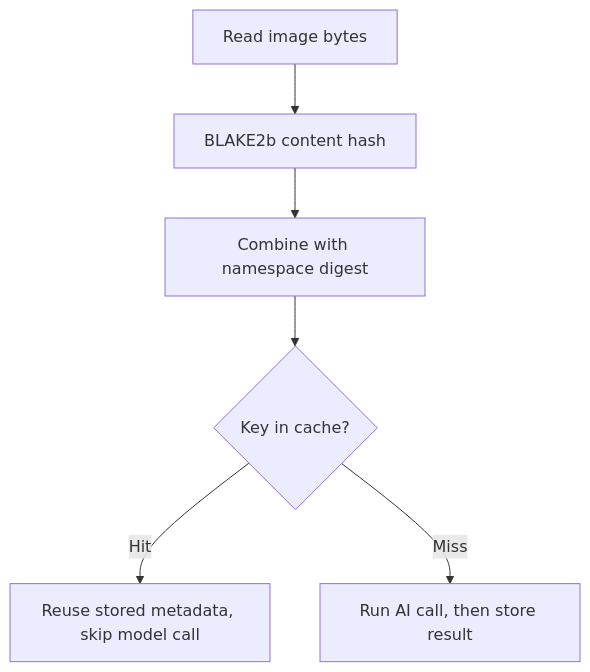
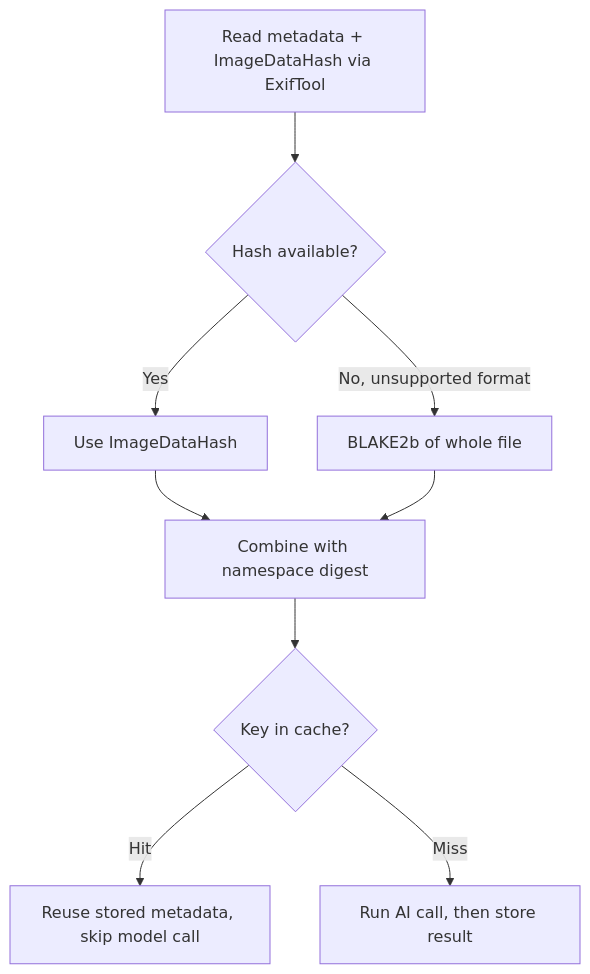
One commit to jbsilva/photo-tagger changed the diagram in docs/architecture/caching.md. Above: the diagram before and after it, drawn with Mermaid. The commit also changed other lines of this file and 5 other files, not shown here.

First line of the commit message:
docs: describe the image-data-hash cache key

````diff
--- a/docs/architecture/caching.md
+++ b/docs/architecture/caching.md
@@ -38,8 +46,11 @@
 ```mermaid
 flowchart TD
-    A[Read image bytes] --> B[BLAKE2b content hash]
-    B --> C[Combine with namespace digest]
-    C --> D{Key in cache?}
-    D -->|Hit| E[Reuse stored metadata, skip model call]
-    D -->|Miss| F[Run AI call, then store result]
+    A[Read metadata + ImageDataHash via ExifTool] --> B{Hash available?}
+    B -->|Yes| C[Use ImageDataHash]
+    B -->|No, unsupported format| D[BLAKE2b of whole file]
+    C --> E[Combine with namespace digest]
+    D --> E
+    E --> F{Key in cache?}
+    F -->|Hit| G[Reuse stored metadata, skip model call]
+    F -->|Miss| H[Run AI call, then store result]
 ```
````
